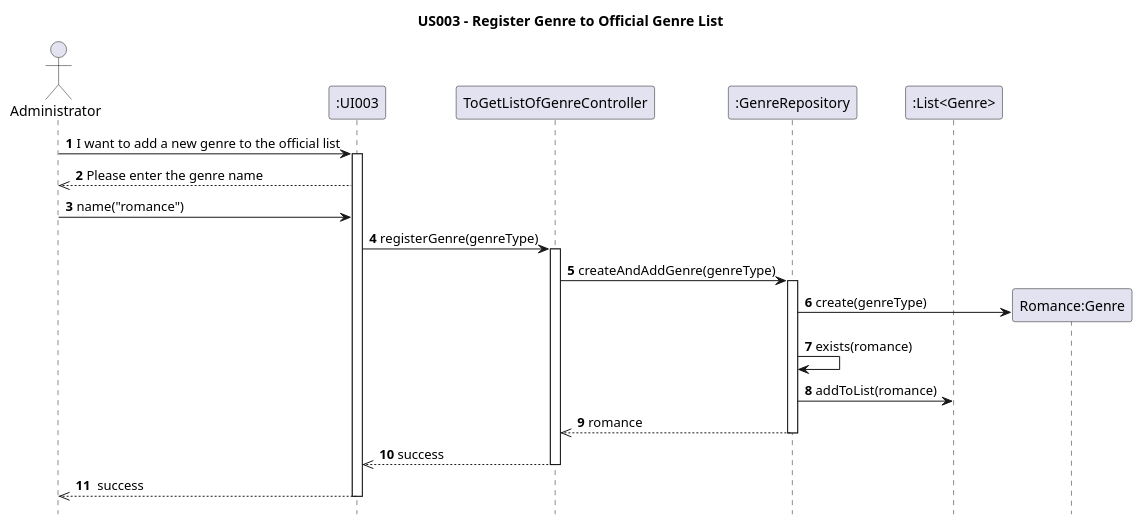
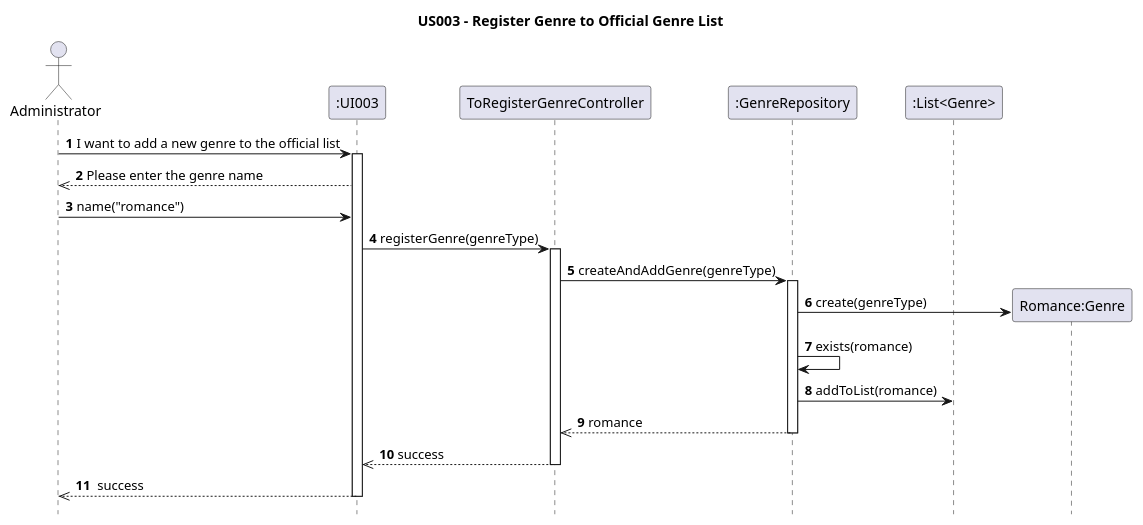
One commit to AndrePereiraGitH/SWitCH-Project-Team_A changed the diagram in Diagrams/SequenceDiagrams/N2/US003 -To-add-a-publication-genre-to-the-genre-list.puml. Above: the diagram before and after it, drawn with PlantUML.

Commit message:
Working on  #81 fix name

```diff
--- a/Diagrams/SequenceDiagrams/N2/US003 -To-add-a-publication-genre-to-the-genre-list.puml
+++ b/Diagrams/SequenceDiagrams/N2/US003 -To-add-a-publication-genre-to-the-genre-list.puml
@@ -1,45 +1,45 @@
 @startuml
 hide footbox
 title US003 - Register Genre to Official Genre List
 
 
 actor Administrator
 participant ":UI003" as UI
 
-participant "ToGetListOfGenreController" as RegisterGenreController
+participant "ToRegisterGenreController" as RegisterGenreController
 
 participant ":GenreRepository" as GenreRepository
 participant ":List<Genre>" as LG
 
 Administrator -> UI : **1** I want to add a new genre to the official list
 
 activate UI
 
 UI -->> Administrator : **2** Please enter the genre name
 Administrator -> UI : **3** name("romance")
 
 
 UI -> RegisterGenreController : **4** registerGenre(genreType)
 activate RegisterGenreController
 
 RegisterGenreController -> GenreRepository : **5** createAndAddGenre(genreType)
 activate GenreRepository
 
   create "Romance:Genre" as Genre
 
   GenreRepository -> Genre : **6** create(genreType)
   GenreRepository -> GenreRepository : **7** exists(romance)
 
   GenreRepository -> LG : **8** addToList(romance)
   GenreRepository  -->> RegisterGenreController : **9** romance
 
 
 deactivate GenreRepository
 
 RegisterGenreController -->> UI : **10** success
 deactivate RegisterGenreController
 
 UI -->> Administrator : **11**  success
 deactivate UI
 
 @enduml
```
